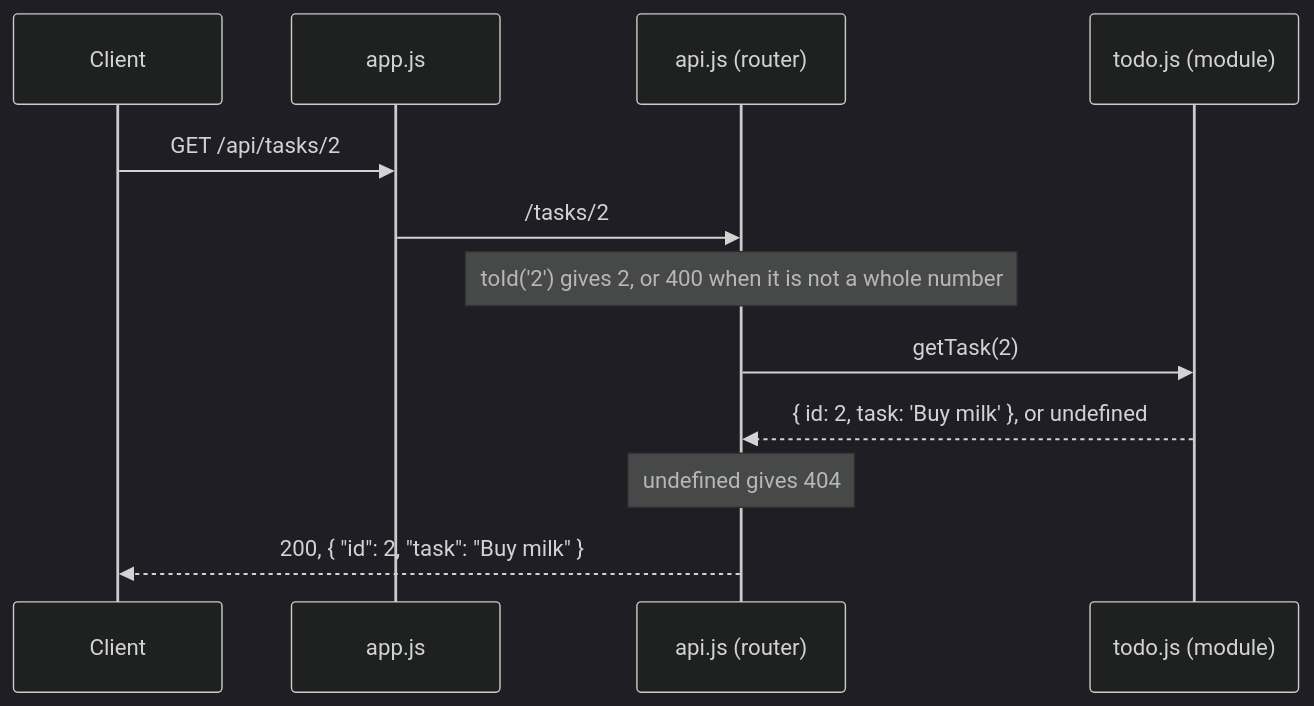
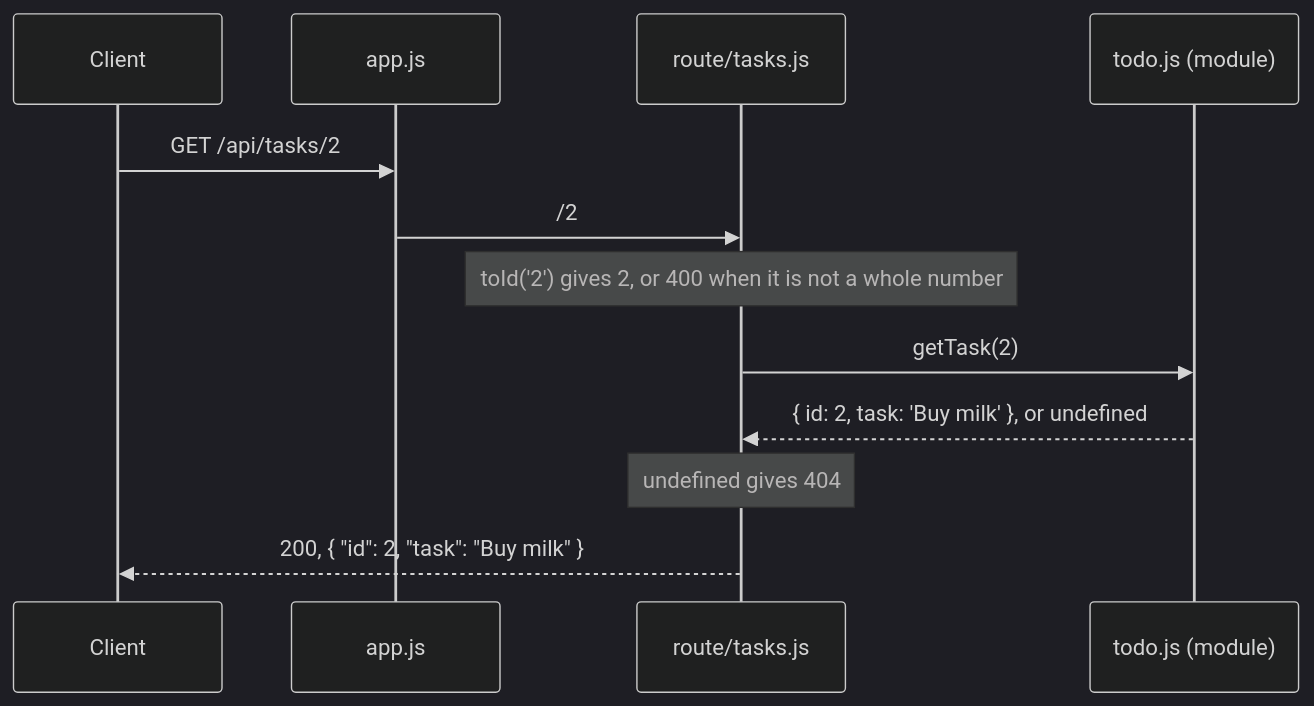
The diagram in exercise/2-50-todo-api.md (Jenniferjepp/Backend-course-Repo), drawn with Mermaid (dark theme) before and after one commit. The commit also changed other lines of this file, not shown here.

````diff
--- a/exercise/2-50-todo-api.md
+++ b/exercise/2-50-todo-api.md
@@ -48,14 +47,14 @@
 ```mermaid
 sequenceDiagram
   participant C as Client
   participant A as app.js
-  participant R as api.js (router)
+  participant R as route/tasks.js
   participant T as todo.js (module)
   C->>A: GET /api/tasks/2
-  A->>R: /tasks/2
+  A->>R: /2
   Note over R: toId('2') gives 2, or 400 when it is not a whole number
   R->>T: getTask(2)
   T-->>R: { id: 2, task: 'Buy milk' }, or undefined
   Note over R: undefined gives 404
   R-->>C: 200, { "id": 2, "task": "Buy milk" }
 ```
````
